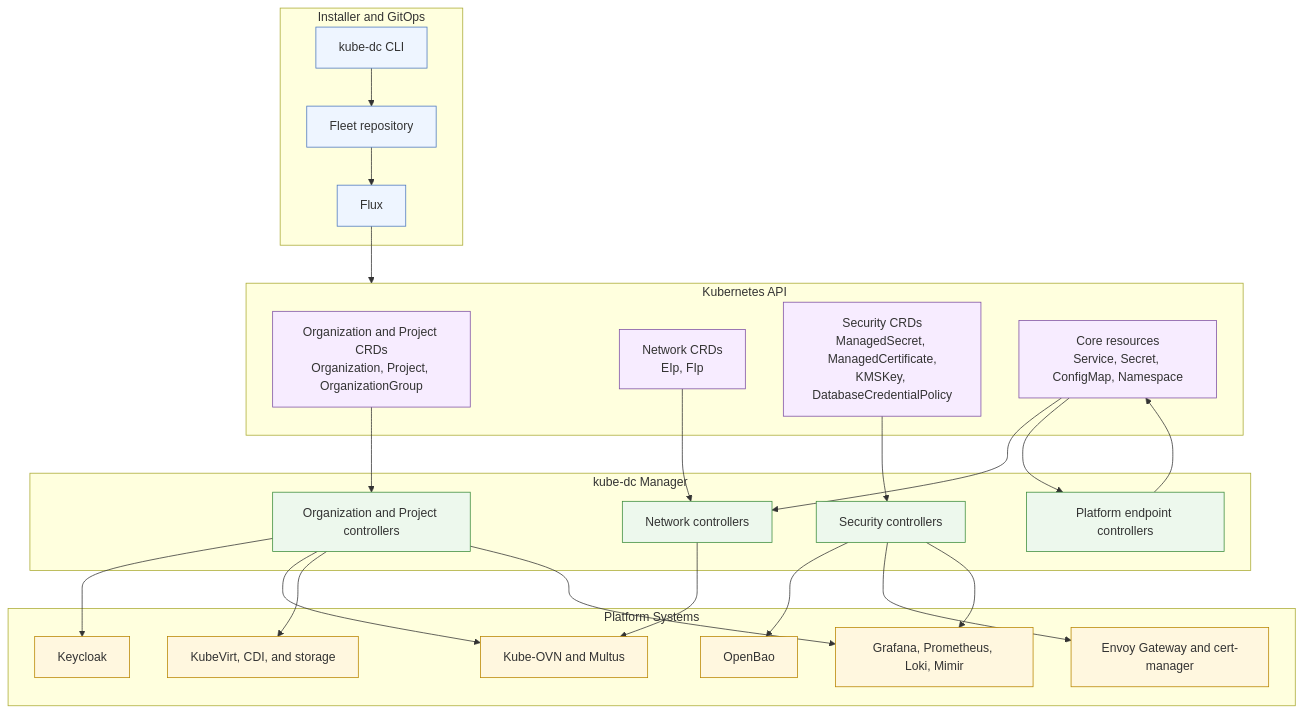
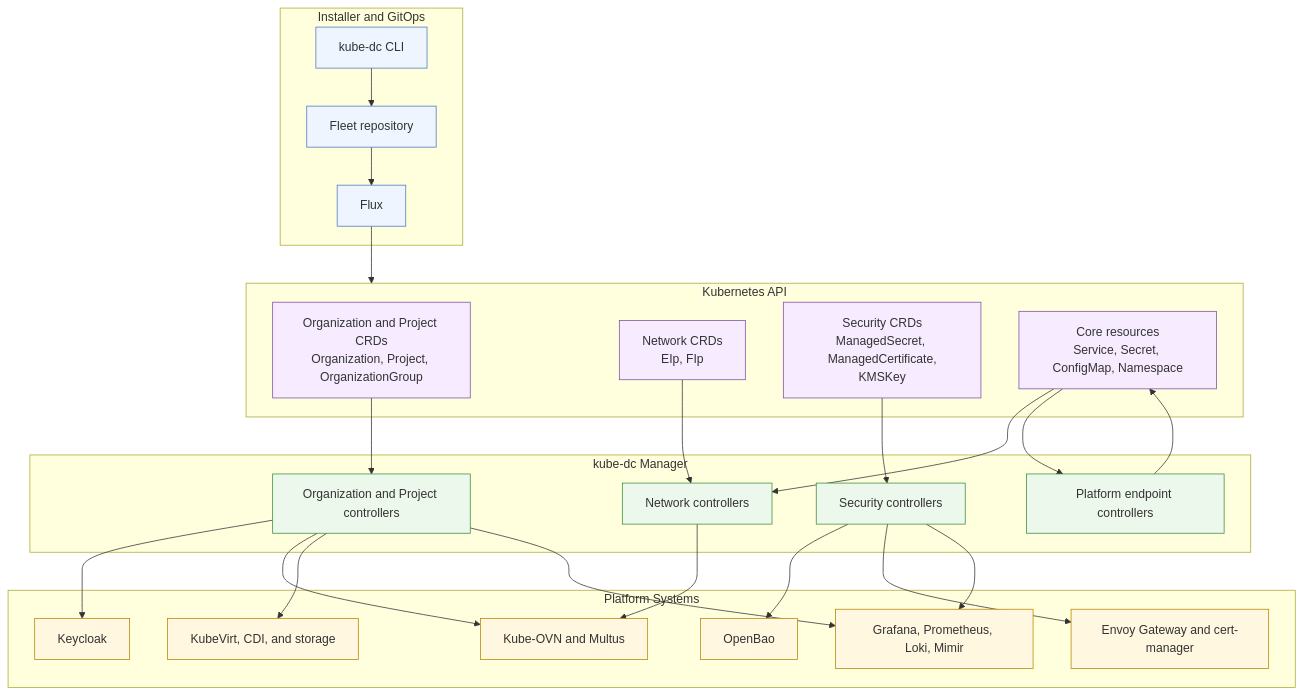
The first of 5 diagrams in docs/platform/controller-diagram.md (kube-dc/kube-dc-public), drawn with Mermaid before and after one commit. The commit also changed other lines of this file and 60 other files, not shown here.

First line of the commit message:
docs: publish managed services guides, diagrams, and current UI captures

````diff
--- a/docs/platform/controller-diagram.md
+++ b/docs/platform/controller-diagram.md
@@ -21,62 +21,62 @@
 ```mermaid
 flowchart TB
   accTitle: Kube-DC controller topology
   accDescr: The CLI and Fleet supply desired state to platform controllers, which reconcile Projects and shared platform resources through Kubernetes APIs.
   subgraph GitOps["Installer and GitOps"]
     CLI["kube-dc CLI"]
     Fleet["Fleet repository"]
     Flux["Flux"]
   end
 
   subgraph API["Kubernetes API"]
     ProductCRDs["Organization and Project CRDs<br/>Organization, Project, OrganizationGroup"]
     NetworkCRDs["Network CRDs<br/>EIp, FIp"]
-    SecurityCRDs["Security CRDs<br/>ManagedSecret, ManagedCertificate,<br/>KMSKey, DatabaseCredentialPolicy"]
+    SecurityCRDs["Security CRDs<br/>ManagedSecret, ManagedCertificate,<br/>KMSKey"]
     CoreResources["Core resources<br/>Service, Secret, ConfigMap, Namespace"]
   end
 
   subgraph Manager["kube-dc Manager"]
     ProductControllers["Organization and Project controllers"]
     NetworkControllers["Network controllers"]
     SecurityControllers["Security controllers"]
     EndpointControllers["Platform endpoint controllers"]
   end
 
   subgraph Platform["Platform Systems"]
     Keycloak["Keycloak"]
     OpenBao["OpenBao"]
     KubeOVN["Kube-OVN and Multus"]
     KubeVirt["KubeVirt, CDI, and storage"]
     Gateway["Envoy Gateway and cert-manager"]
     Observability["Grafana, Prometheus, Loki, Mimir"]
   end
 
   CLI --> Fleet --> Flux --> API
   ProductCRDs --> ProductControllers
   NetworkCRDs --> NetworkControllers
   SecurityCRDs --> SecurityControllers
   CoreResources --> NetworkControllers
   CoreResources --> EndpointControllers
 
   ProductControllers --> Keycloak
   ProductControllers --> KubeOVN
   ProductControllers --> KubeVirt
   ProductControllers --> Observability
 
   NetworkControllers --> KubeOVN
   EndpointControllers --> CoreResources
 
   SecurityControllers --> OpenBao
   SecurityControllers --> Gateway
   SecurityControllers --> Observability
 
   classDef input fill:#eef5ff,stroke:#4b77be,stroke-width:1px;
   classDef manager fill:#edf8ed,stroke:#3b8c3b,stroke-width:1px;
   classDef platform fill:#fff7df,stroke:#b98500,stroke-width:1px;
   classDef api fill:#f7ecff,stroke:#7d4fa3,stroke-width:1px;
 
   class CLI,Fleet,Flux input;
   class ProductCRDs,NetworkCRDs,SecurityCRDs,CoreResources api;
   class ProductControllers,NetworkControllers,SecurityControllers,EndpointControllers manager;
   class Keycloak,OpenBao,KubeOVN,KubeVirt,Gateway,Observability platform;
 ```
````
